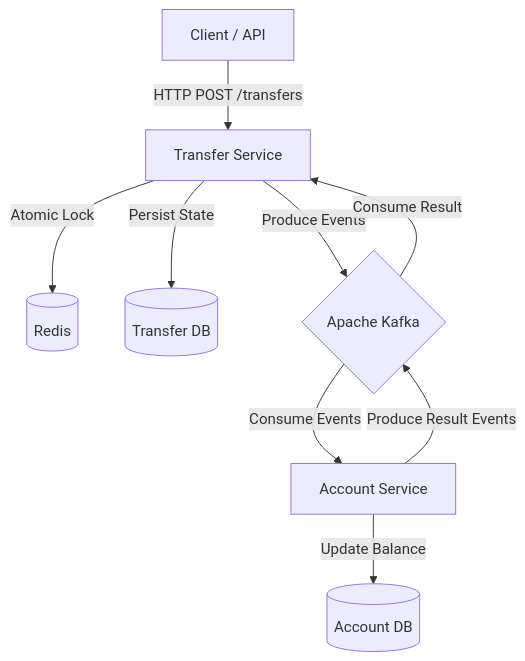
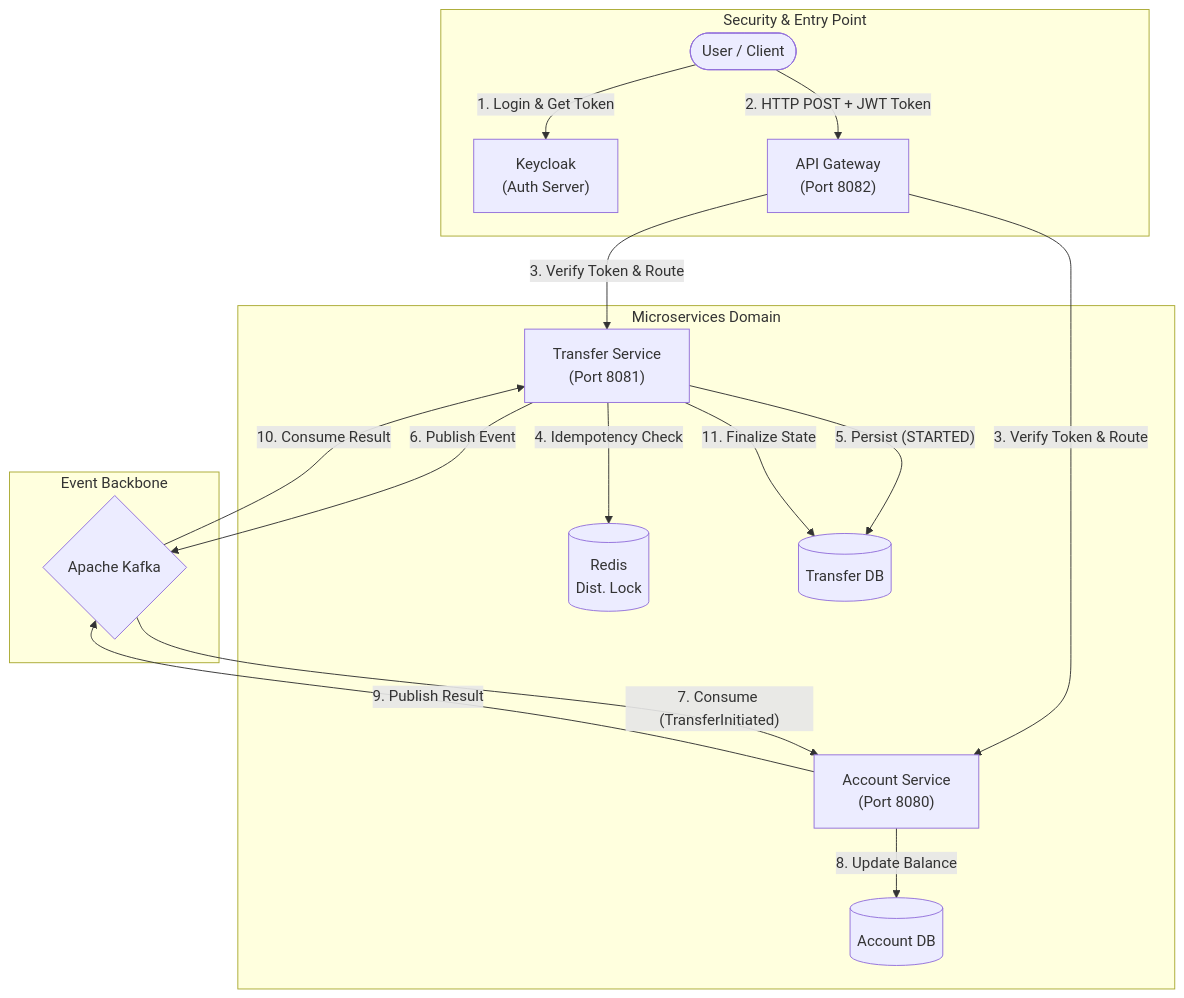
The first of 3 diagrams in README.md (minelsaygisever/money-transfer-orchestrator), drawn with Mermaid before and after one commit. The commit also changed other lines of this file and 39 other files, not shown here.

Commit message:
feat(security): integrate Keycloak, API Gateway and JWT implementation

````diff
--- a/README.md
+++ b/README.md
@@ -32,13 +36,36 @@
 ```mermaid
 graph TD
-    User[Client / API] -->|HTTP POST /transfers| TS[Transfer Service]
-    TS -->|Atomic Lock| Redis[(Redis)]
-    TS -->|Persist State| TDB[(Transfer DB)]
-    TS -->|Produce Events| Kafka{Apache Kafka}
+    %% --- Subgraphs ---
+    subgraph Security_Layer [Security & Entry Point]
+    User([User / Client])
+    KC["Keycloak <br/>(Auth Server)"]
+    GW["API Gateway <br/>(Port 8082)"]
+    end
     
-    Kafka -->|Consume Events| AS[Account Service]
-    AS -->|Update Balance| ADB[(Account DB)]
-    AS -->|Produce Result Events| Kafka
+    subgraph Core_Services [Microservices Domain]
+    TS["Transfer Service <br/>(Port 8081)"]
+    AS["Account Service <br/>(Port 8080)"]
+    Redis[("Redis <br/>Dist. Lock")]
+    TDB[("Transfer DB")]
+    ADB[("Account DB")]
+    end
     
-    Kafka -->|Consume Result| TS
+    subgraph Event_Bus [Event Backbone]
+    Kafka{Apache Kafka}
+    end
+    
+    %% --- Flow ---
+    
+    User -- "1. Login & Get Token" --> KC
+    User -- "2. HTTP POST + JWT Token" --> GW
+    GW -- "3. Verify Token & Route" --> TS
+    GW -- "3. Verify Token & Route" --> AS
+    TS -- "4. Idempotency Check" --> Redis
+    TS -- "5. Persist (STARTED)" --> TDB
+    TS -- "6. Publish Event" --> Kafka
+    Kafka -- "7. Consume (TransferInitiated)" --> AS
+    AS -- "8. Update Balance" --> ADB
+    AS -- "9. Publish Result" --> Kafka
+    Kafka -- "10. Consume Result" --> TS
+    TS -- "11. Finalize State" --> TDB
 ```
````
